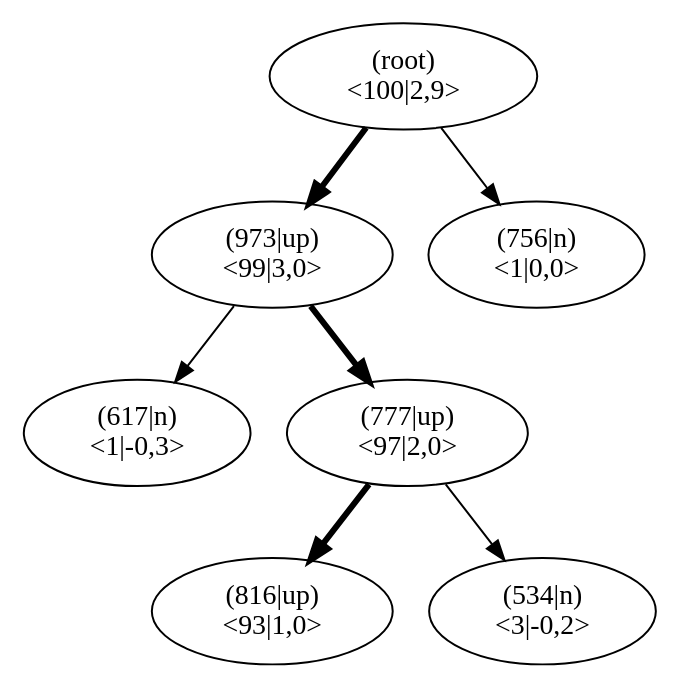
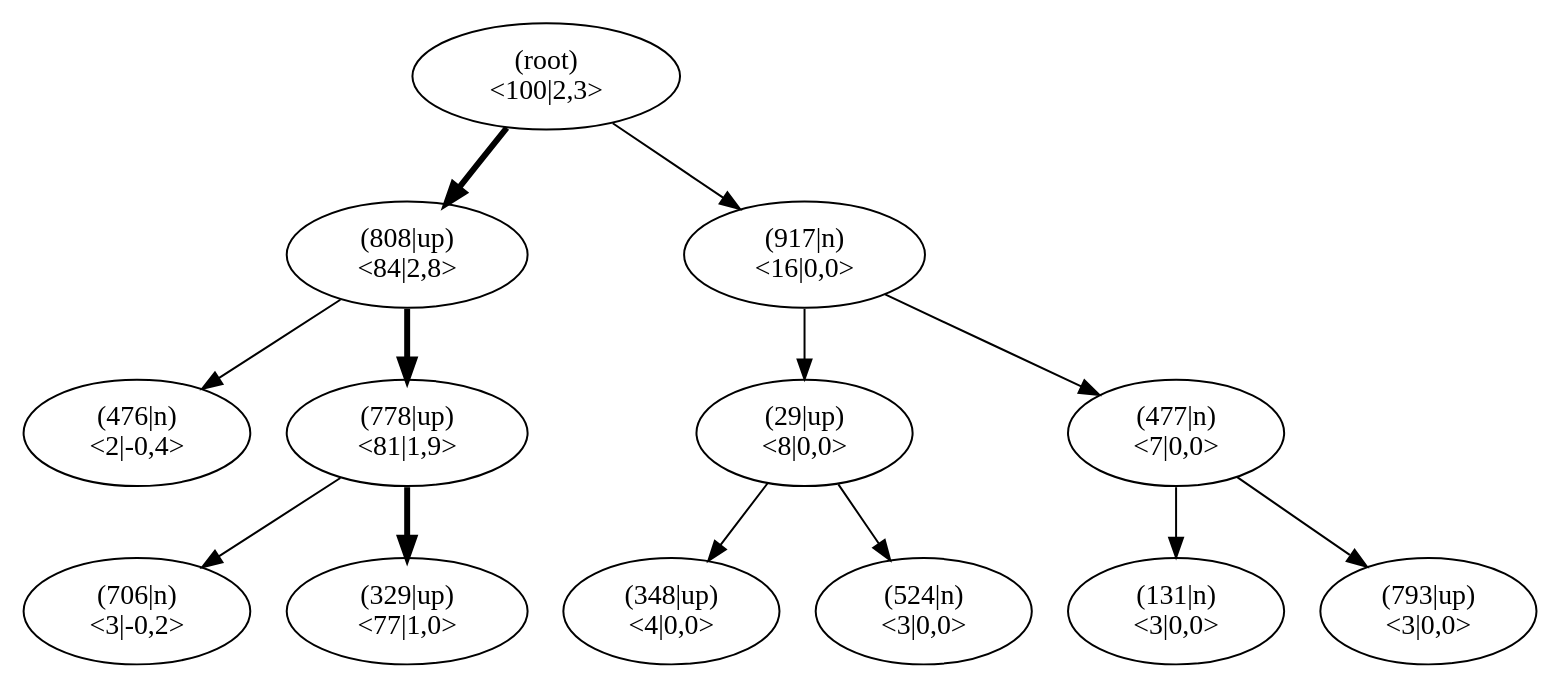
Before and after one commit to JonasHellgren/relexp-java: the diagram in pictures/ch13/jumper_test_mcts.dot, drawn with Graphviz. The commit also changed 18 other files, not shown here.

```diff
--- a/pictures/ch13/jumper_test_mcts.dot
+++ b/pictures/ch13/jumper_test_mcts.dot
@@ -1,23 +1,41 @@
 digraph MCTS {
 node [shape=ellipse];
 Nroot [label="(root)
-<100|2,9>"];
-Nroot -> N973[penwidth=3];
-N973 [label="(973|up)
-<99|3,0>"];
-N973 -> N617[penwidth=1];
-N617 [label="(617|n)
-<1|-0,3>"];
-N973 -> N777[penwidth=3];
-N777 [label="(777|up)
-<97|2,0>"];
-N777 -> N816[penwidth=3];
-N816 [label="(816|up)
-<93|1,0>"];
-N777 -> N534[penwidth=1];
-N534 [label="(534|n)
+<100|2,3>"];
+Nroot -> N808[penwidth=3];
+N808 [label="(808|up)
+<84|2,8>"];
+N808 -> N476[penwidth=1];
+N476 [label="(476|n)
+<2|-0,4>"];
+N808 -> N778[penwidth=3];
+N778 [label="(778|up)
+<81|1,9>"];
+N778 -> N706[penwidth=1];
+N706 [label="(706|n)
 <3|-0,2>"];
-Nroot -> N756[penwidth=1];
-N756 [label="(756|n)
-<1|0,0>"];
+N778 -> N329[penwidth=3];
+N329 [label="(329|up)
+<77|1,0>"];
+Nroot -> N917[penwidth=1];
+N917 [label="(917|n)
+<16|0,0>"];
+N917 -> N29[penwidth=1];
+N29 [label="(29|up)
+<8|0,0>"];
+N29 -> N348[penwidth=1];
+N348 [label="(348|up)
+<4|0,0>"];
+N29 -> N524[penwidth=1];
+N524 [label="(524|n)
+<3|0,0>"];
+N917 -> N477[penwidth=1];
+N477 [label="(477|n)
+<7|0,0>"];
+N477 -> N131[penwidth=1];
+N131 [label="(131|n)
+<3|0,0>"];
+N477 -> N793[penwidth=1];
+N793 [label="(793|up)
+<3|0,0>"];
 }
```
